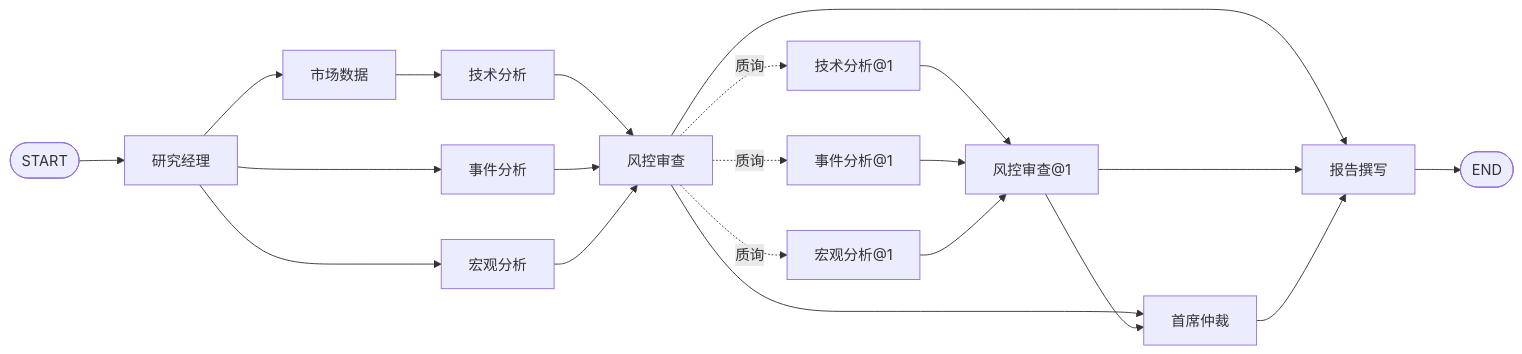
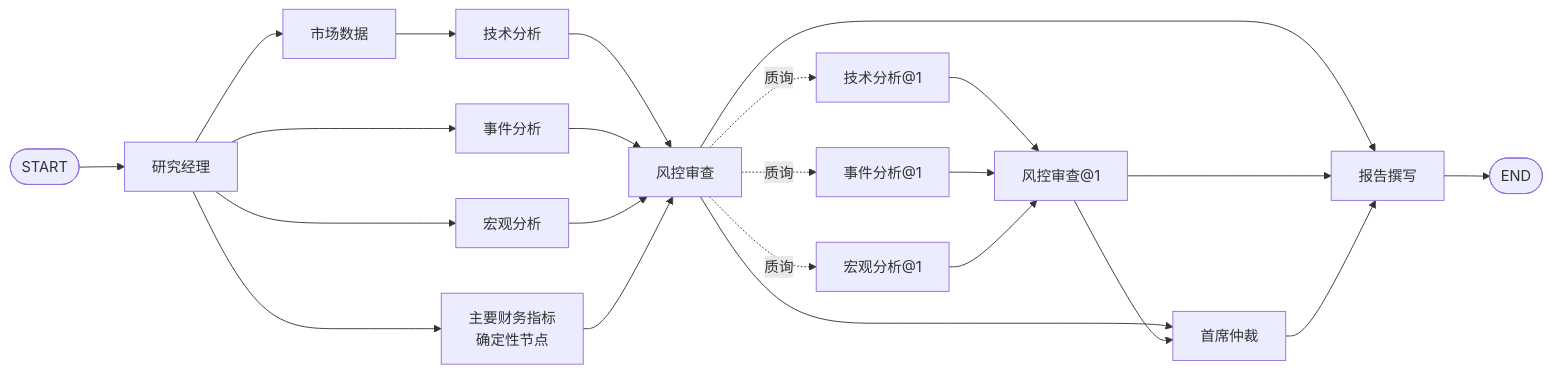
Before and after one commit to chriseven8/Atlas-Research: the diagram in docs/architecture.md, drawn with Mermaid. The commit also changed other lines of this file and 23 other files, not shown here.

````diff
--- a/docs/architecture.md
+++ b/docs/architecture.md
@@ -9,23 +9,25 @@
 ```mermaid
 flowchart LR
   START([START]) --> manager[研究经理]
   manager --> market[市场数据]
   manager --> news[事件分析]
   manager --> macro[宏观分析]
+  manager --> fundamentals[主要财务指标<br/>确定性节点]
   market --> technical[技术分析]
   technical --> risk[风控审查]
   news --> risk
   macro --> risk
+  fundamentals --> risk
   risk -.质询.-> technical1["技术分析@1"]
   risk -.质询.-> news1["事件分析@1"]
   risk -.质询.-> macro1["宏观分析@1"]
   technical1 --> risk1["风控审查@1"]
   news1 --> risk1
   macro1 --> risk1
   risk --> arbiter[首席仲裁]
   risk1 --> arbiter
   risk --> report[报告撰写]
   risk1 --> report
   arbiter --> report
   report --> END([END])
 ```
````
